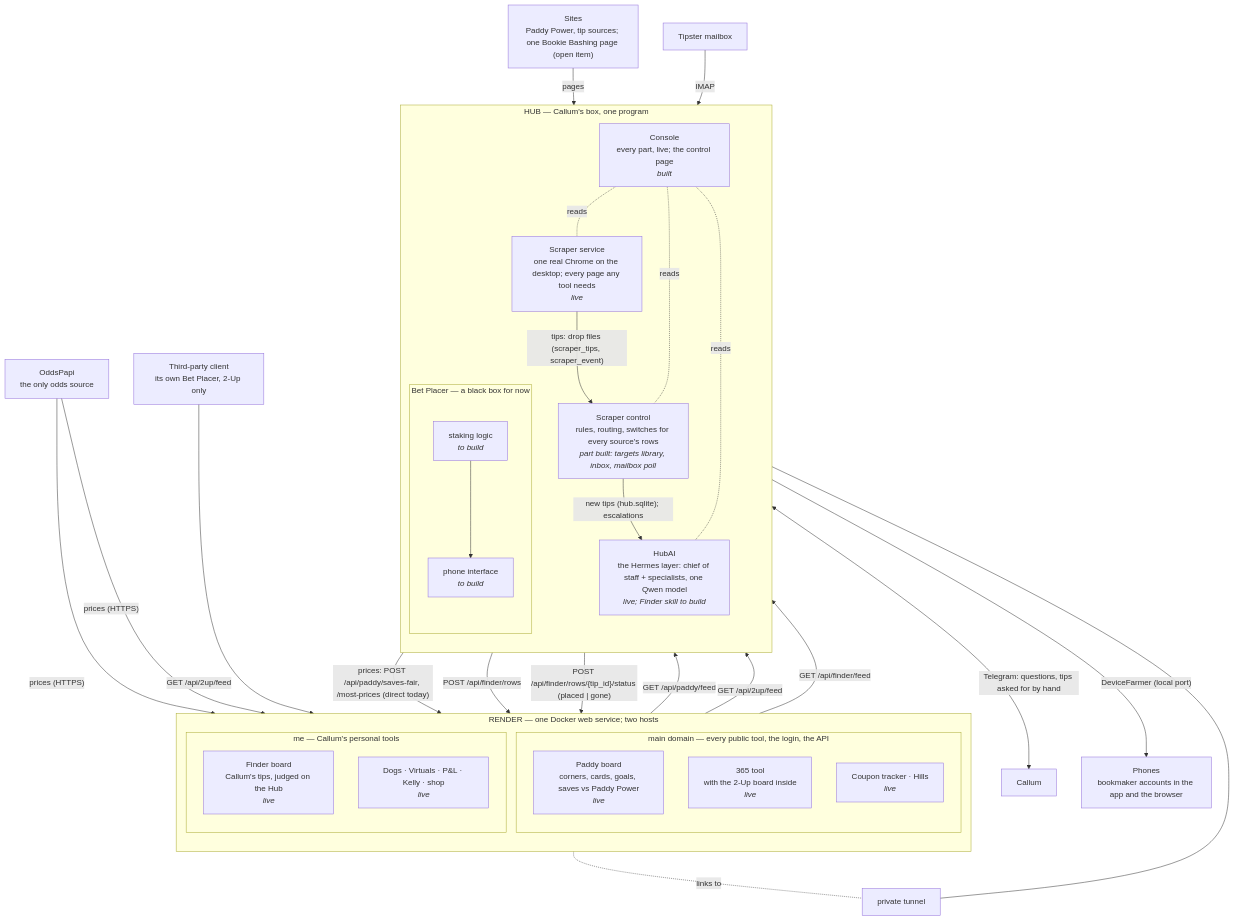
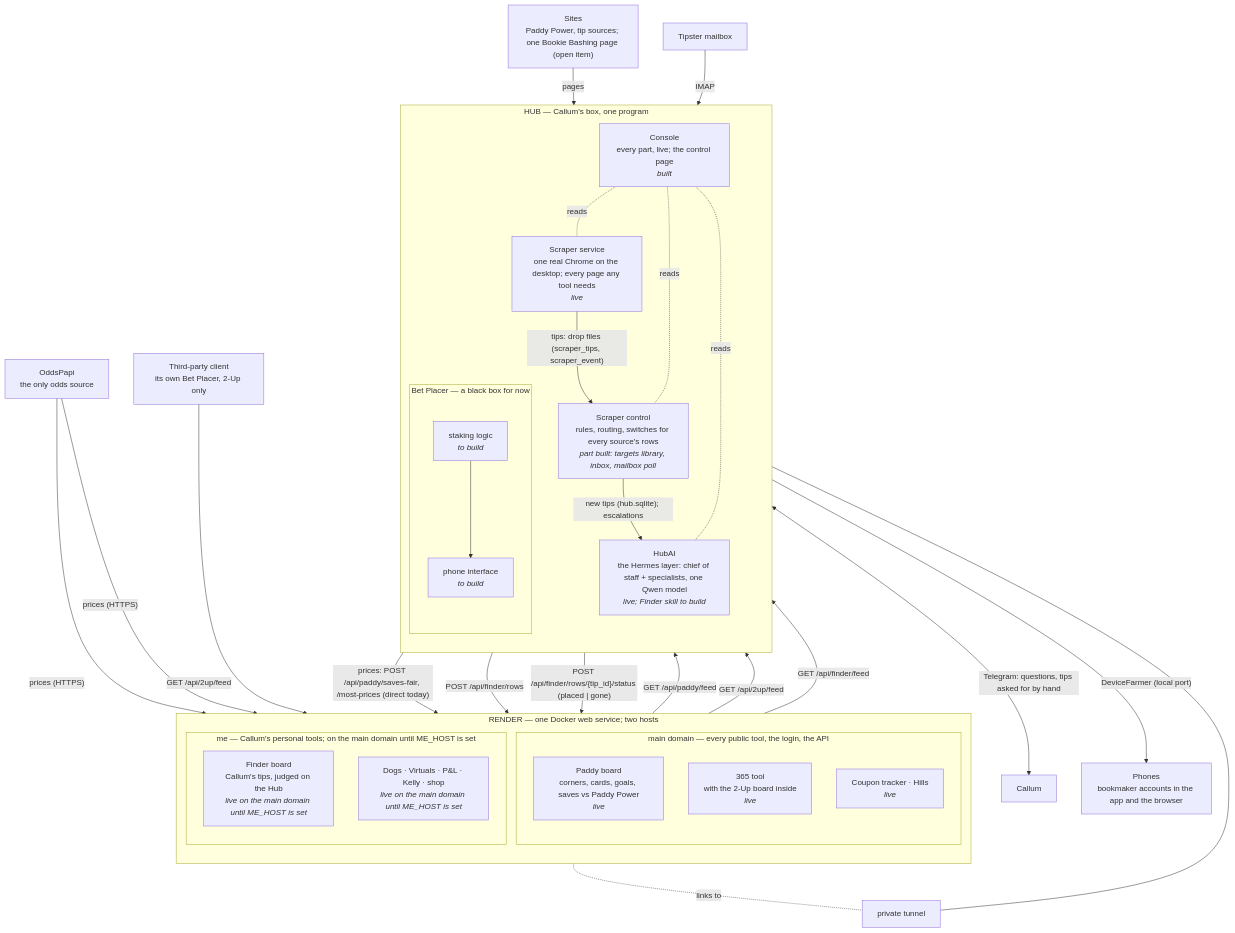
The diagram in docs/architecture.md (CMclarty/puntmore), drawn with Mermaid before and after one commit. The commit also changed other lines of this file and 24 other files, not shown here.

````diff
--- a/docs/architecture.md
+++ b/docs/architecture.md
@@ -14,51 +14,51 @@
 ```mermaid
 flowchart TB
   subgraph RENDER["RENDER — one Docker web service; two hosts"]
     direction TB
     subgraph MAIN["main domain — every public tool, the login, the API"]
       PADDY["Paddy board<br/>corners, cards, goals, saves vs Paddy Power<br/><i>live</i>"]
       T365["365 tool<br/>with the 2-Up board inside<br/><i>live</i>"]
       PUB["Coupon tracker · Hills<br/><i>live</i>"]
     end
-    subgraph ME["me — Callum's personal tools"]
-      FINDER["Finder board<br/>Callum's tips, judged on the Hub<br/><i>live</i>"]
-      PERS["Dogs · Virtuals · P&amp;L · Kelly · shop<br/><i>live</i>"]
+    subgraph ME["me — Callum's personal tools; on the main domain until ME_HOST is set"]
+      FINDER["Finder board<br/>Callum's tips, judged on the Hub<br/><i>live on the main domain until ME_HOST is set</i>"]
+      PERS["Dogs · Virtuals · P&amp;L · Kelly · shop<br/><i>live on the main domain until ME_HOST is set</i>"]
     end
   end
 
   ODDS["OddsPapi<br/>the only odds source"] -- "prices (HTTPS)" --> PADDY
   ODDS -- "prices (HTTPS)" --> T365
 
   subgraph HUB["HUB — Callum's box, one program"]
     direction TB
     SVC["Scraper service<br/>one real Chrome on the desktop; every page any tool needs<br/><i>live</i>"]
     CTRL["Scraper control<br/>rules, routing, switches for every source's rows<br/><i>part built: targets library, inbox, mailbox poll</i>"]
     HUBAI["HubAI<br/>the Hermes layer: chief of staff + specialists, one Qwen model<br/><i>live; Finder skill to build</i>"]
     subgraph PLACER["Bet Placer — a black box for now"]
       STAKE["staking logic<br/><i>to build</i>"]
       PHONEIF["phone interface<br/><i>to build</i>"]
     end
     CONSOLE["Console<br/>every part, live; the control page<br/><i>built</i>"]
   end
 
   SITES["Sites<br/>Paddy Power, tip sources; one Bookie Bashing page (open item)"] -- "pages" --> SVC
   MAILBOX["Tipster mailbox"] -- "IMAP" --> CTRL
   SVC -- "tips: drop files (scraper_tips, scraper_event)" --> CTRL
   SVC -- "prices: POST /api/paddy/saves-fair, /most-prices (direct today)" --> PADDY
   CTRL -- "new tips (hub.sqlite); escalations" --> HUBAI
   HUBAI -- "POST /api/finder/rows" --> FINDER
   HUBAI <-->|"Telegram: questions, tips asked for by hand"| CALLUM["Callum"]
   PADDY -- "GET /api/paddy/feed" --> STAKE
   T365 -- "GET /api/2up/feed" --> STAKE
   FINDER -- "GET /api/finder/feed" --> STAKE
   STAKE --> PHONEIF
   PHONEIF -- "DeviceFarmer (local port)" --> PHONES["Phones<br/>bookmaker accounts in the app and the browser"]
   PLACER -- "POST /api/finder/rows/{tip_id}/status (placed | gone)" --> FINDER
   CONSOLE -. "reads" .- SVC
   CONSOLE -. "reads" .- CTRL
   CONSOLE -. "reads" .- HUBAI
   TUNNEL["private tunnel"] --- CONSOLE
   ME -. "links to" .- TUNNEL
 
   THIRD["Third-party client<br/>its own Bet Placer, 2-Up only"] -- "GET /api/2up/feed" --> T365
 ```
````
